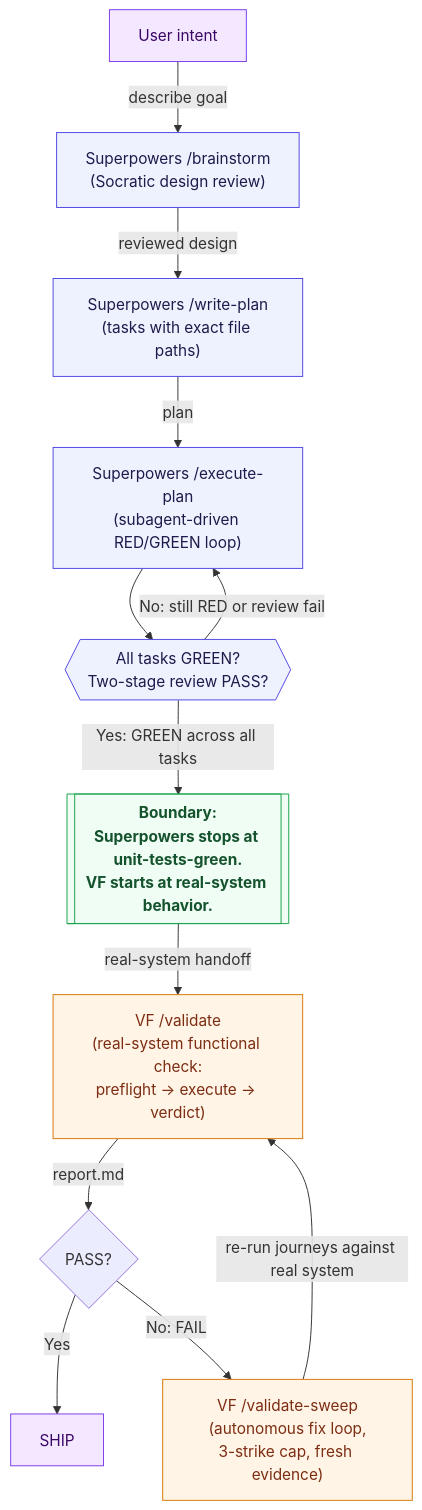
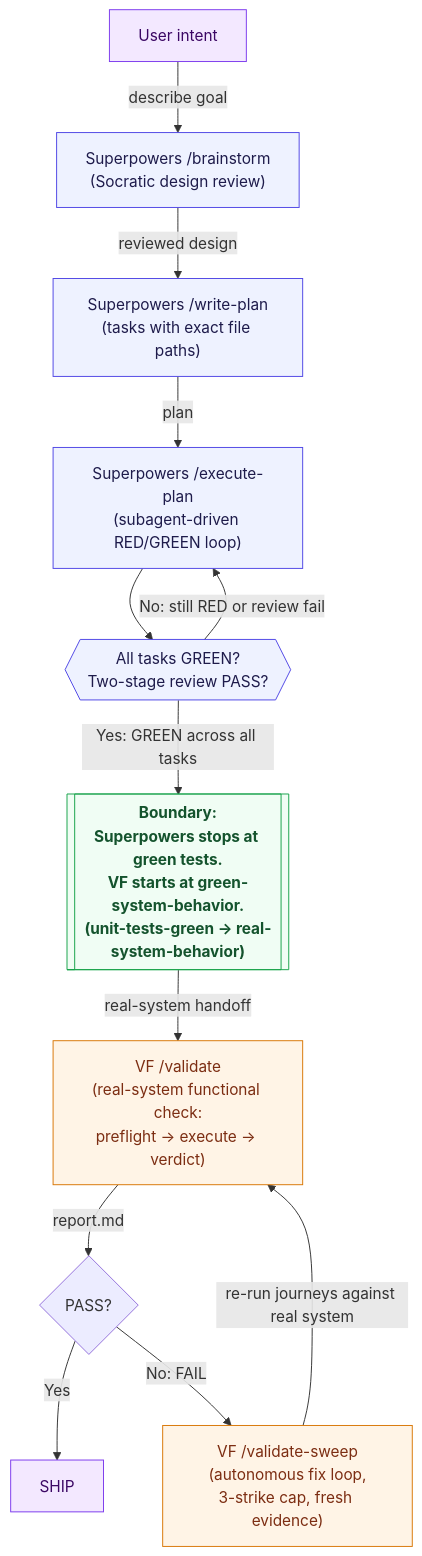
One commit to krzemienski/validationforge changed the diagram in docs/integrations/vf-with-superpowers.md. Above: the diagram before and after it, drawn with Mermaid.

Commit message:
auto-claude: subtask-4-2 - Add a Mermaid workflow diagram to vf-with-superpow

````diff
--- a/docs/integrations/vf-with-superpowers.md
+++ b/docs/integrations/vf-with-superpowers.md
@@ -30,23 +30,23 @@
 ```mermaid
 graph TD
     U[User intent] -->|describe goal| BR["Superpowers /brainstorm<br/>(Socratic design review)"]
     BR -->|reviewed design| WP["Superpowers /write-plan<br/>(tasks with exact file paths)"]
     WP -->|plan| EP["Superpowers /execute-plan<br/>(subagent-driven RED/GREEN loop)"]
     EP --> GATE{{"All tasks GREEN?<br/>Two-stage review PASS?"}}
     GATE -->|No: still RED or review fail| EP
-    GATE -->|Yes: GREEN across all tasks| BOUND[["Boundary:<br/>Superpowers stops at unit-tests-green.<br/>VF starts at real-system behavior."]]
+    GATE -->|Yes: GREEN across all tasks| BOUND[["Boundary:<br/>Superpowers stops at green tests.<br/>VF starts at green-system-behavior.<br/>(unit-tests-green → real-system-behavior)"]]
     BOUND -->|real-system handoff| VAL["VF /validate<br/>(real-system functional check:<br/>preflight → execute → verdict)"]
     VAL -->|report.md| D{PASS?}
     D -->|Yes| SHIP[SHIP]
     D -->|No: FAIL| VFS["VF /validate-sweep<br/>(autonomous fix loop,<br/>3-strike cap, fresh evidence)"]
     VFS -->|re-run journeys against real system| VAL
 
     classDef sp fill:#eef2ff,stroke:#4f46e5,color:#1e1b4b
     classDef vf fill:#fff4e6,stroke:#d97706,color:#7c2d12
     classDef boundary fill:#f0fdf4,stroke:#16a34a,color:#14532d,font-weight:bold
     classDef terminal fill:#f3e8ff,stroke:#7c3aed,color:#3b0764
     class BR,WP,EP,GATE sp
     class VAL,VFS vf
     class BOUND boundary
     class U,SHIP terminal
 ```
````
